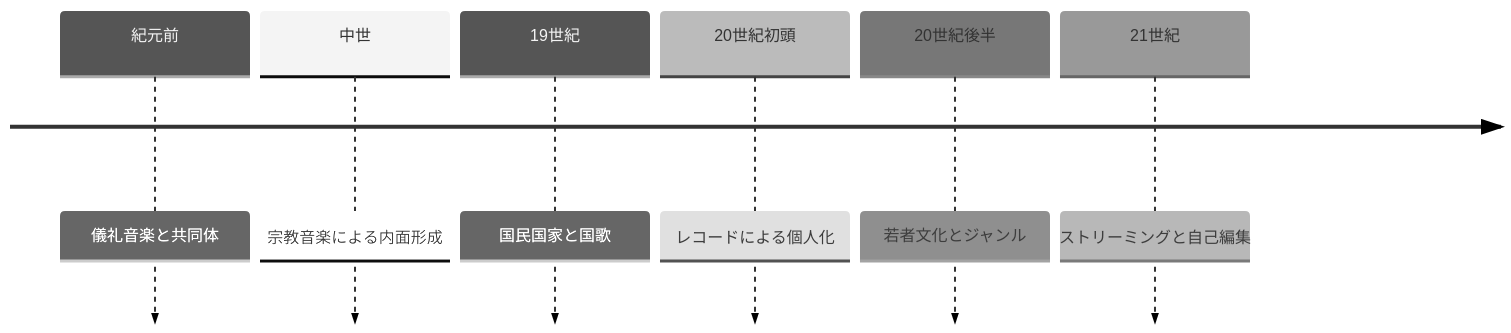
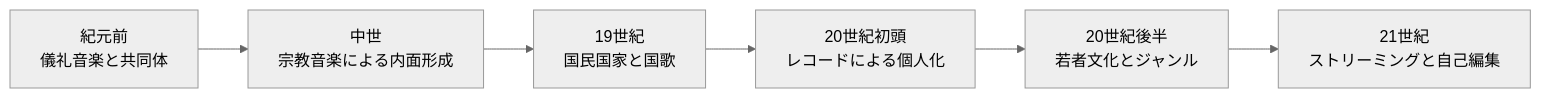
One commit to monumental-movement/monumental-movement.github.io changed the fourth of 4 diagrams in zh-hant/_posts/2026-01-31-column-how-music-shapes-identity.md. Above: the diagram before and after it, drawn with Mermaid (neutral theme). The commit also changed other lines of this file and 2294 other files, not shown here.

```diff
--- a/zh-hant/_posts/2026-01-31-column-how-music-shapes-identity.md
+++ b/zh-hant/_posts/2026-01-31-column-how-music-shapes-identity.md
@@ -191,9 +191,10 @@
 <div class="mermaid">
-timeline
-紀元前 : 儀礼音楽と共同体
-中世 : 宗教音楽による内面形成
-19世紀 : 国民国家と国歌
-20世紀初頭 : レコードによる個人化
-20世紀後半 : 若者文化とジャンル
-21世紀 : ストリーミングと自己編集
+flowchart LR
+
+A["紀元前<br>儀礼音楽と共同体"]
+--> B["中世<br>宗教音楽による内面形成"]
+--> C["19世紀<br>国民国家と国歌"]
+--> D["20世紀初頭<br>レコードによる個人化"]
+--> E["20世紀後半<br>若者文化とジャンル"]
+--> F["21世紀<br>ストリーミングと自己編集"]
 </div>
```
